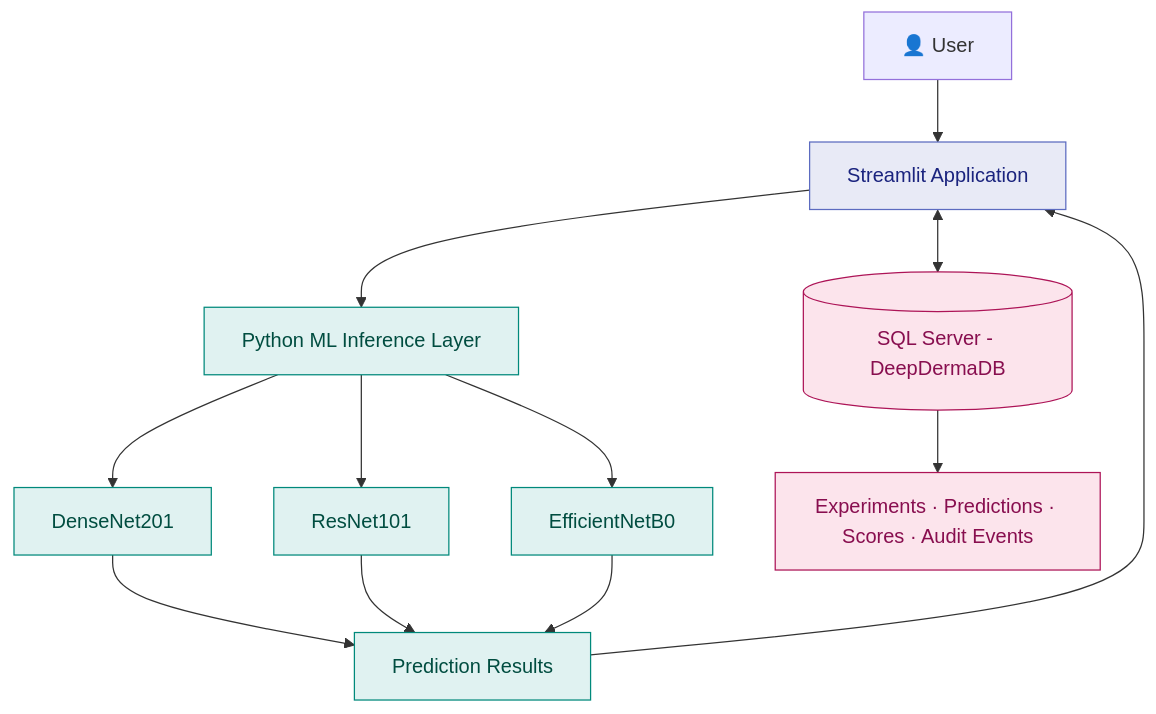
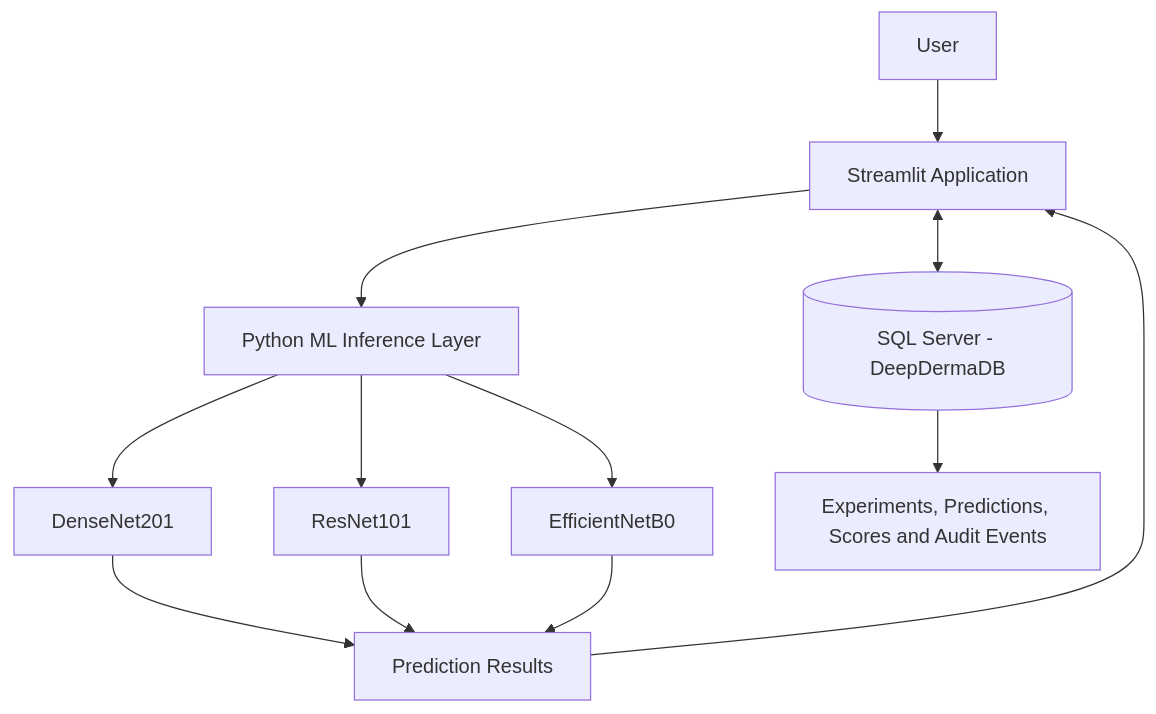
One commit to MounikaBeera/DeepDerma-LabOps changed the diagram in README.md. Above: the diagram before and after it, drawn with Mermaid. The commit also changed other lines of this file, not shown here.

Commit message:
Improve README architecture and documentation

````diff
--- a/README.md
+++ b/README.md
@@ -16,28 +15,18 @@
 ```mermaid
 flowchart TD
-    U["👤 User"] --> UI["Streamlit Application"]
+    U[User] --> UI[Streamlit Application]
+    UI --> ML[Python ML Inference Layer]
 
-    UI --> ML["Python ML Inference Layer"]
+    ML --> D[DenseNet201]
+    ML --> R[ResNet101]
+    ML --> E[EfficientNetB0]
 
-    ML --> D["DenseNet201"]
-    ML --> R["ResNet101"]
-    ML --> E["EfficientNetB0"]
-
-    D --> P["Prediction Results"]
+    D --> P[Prediction Results]
     R --> P
     E --> P
 
     P --> UI
+    UI <--> DB[(SQL Server - DeepDermaDB)]
 
-    UI <--> DB[("SQL Server - DeepDermaDB")]
-
-    DB --> T["Experiments · Predictions · Scores · Audit Events"]
-
-    classDef app fill:#e8eaf6,stroke:#5c6bc0,color:#1a237e
-    classDef ml fill:#e0f2f1,stroke:#00897b,color:#004d40
-    classDef database fill:#fce4ec,stroke:#ad1457,color:#880e4f
-
-    class UI app
-    class ML,D,R,E,P ml
-    class DB,T database
+    DB --> T[Experiments, Predictions, Scores and Audit Events]
 ```
````
